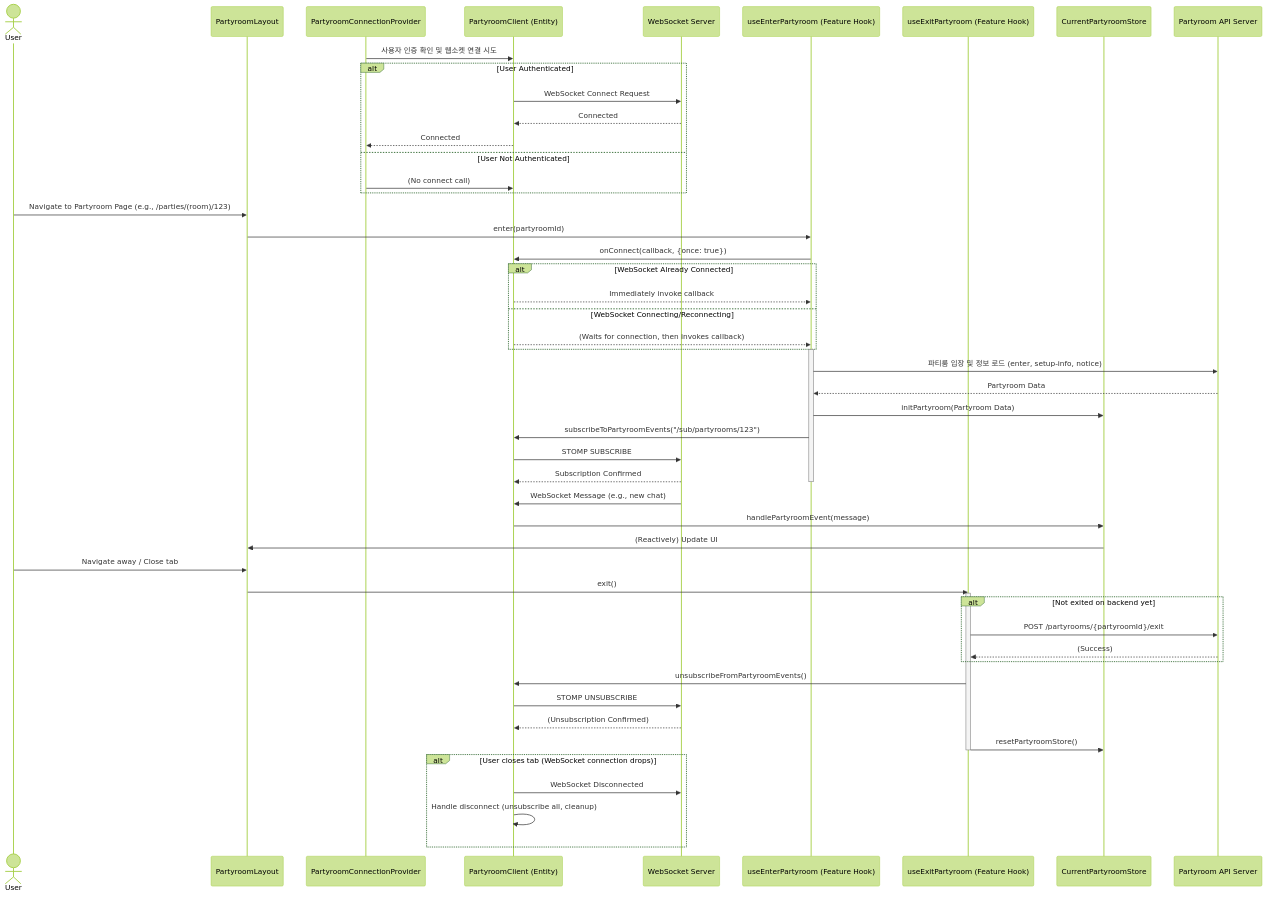
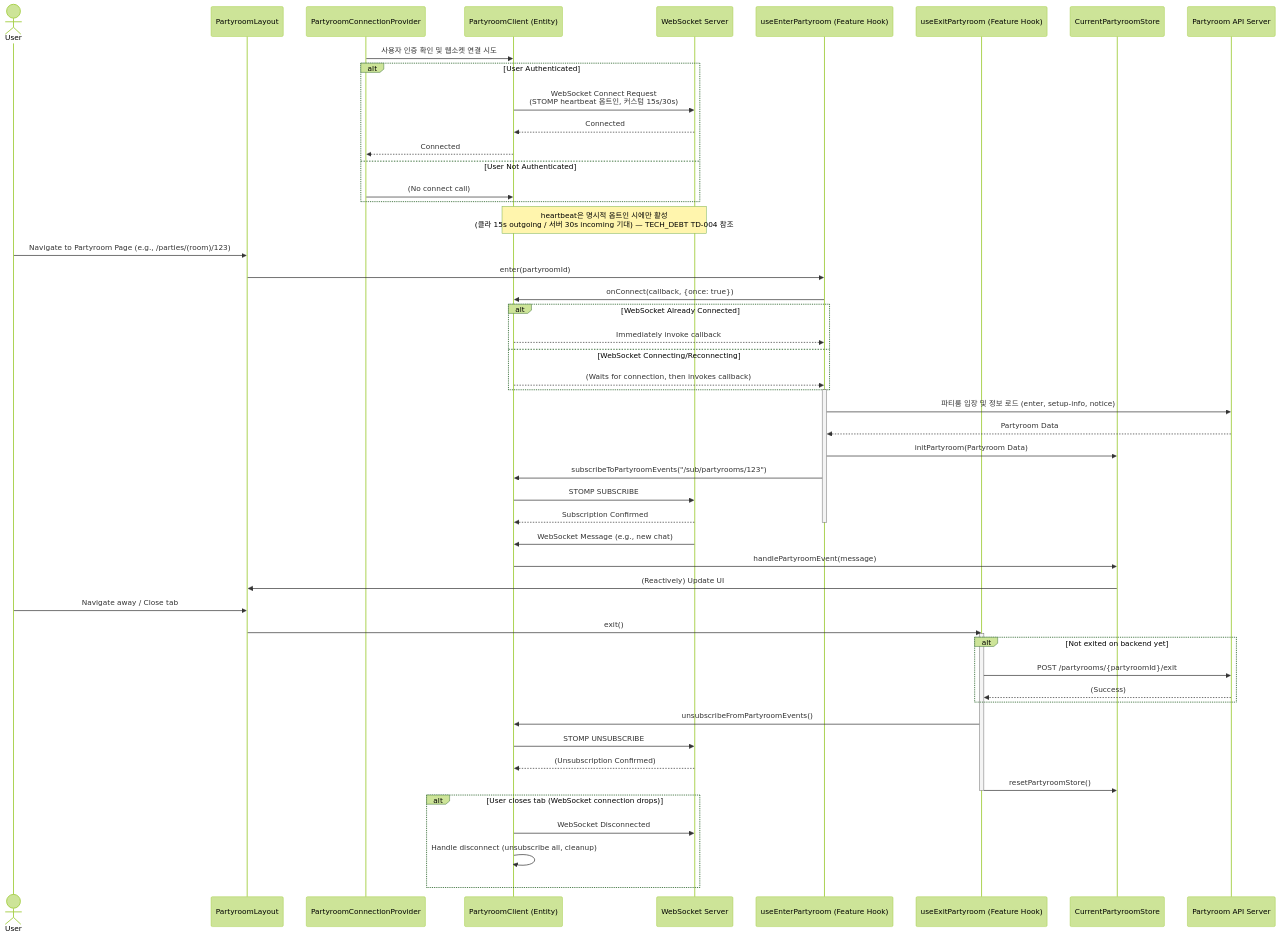
Before and after one commit to pfplay/pfplay-web: the second of 4 diagrams in docs/FLOW.md, drawn with Mermaid (forest theme). The commit also changed other lines of this file and 2 other files, not shown here.

````diff
--- a/docs/FLOW.md
+++ b/docs/FLOW.md
@@ -47,69 +55,70 @@
 ```mermaid
 sequenceDiagram
     actor User
     participant Layout as PartyroomLayout
     participant PCP as PartyroomConnectionProvider
     participant PClient as PartyroomClient (Entity)
     participant WSServer as WebSocket Server
     participant EnterHook as useEnterPartyroom (Feature Hook)
     participant ExitHook as useExitPartyroom (Feature Hook)
     participant CPStore as CurrentPartyroomStore
     participant APIServer as Partyroom API Server
 
     %% Initial Connection (App Load)
     PCP->>PClient: 사용자 인증 확인 및 웹소켓 연결 시도
     alt User Authenticated
-        PClient->>WSServer: WebSocket Connect Request
+        PClient->>WSServer: WebSocket Connect Request<br/>(STOMP heartbeat 옵트인, 커스텀 15s/30s)
         WSServer-->>PClient: Connected
         PClient-->>PCP: Connected
     else User Not Authenticated
         PCP->>PClient: (No connect call)
     end
+    Note over PClient,WSServer: heartbeat은 명시적 옵트인 시에만 활성<br/>(클라 15s outgoing / 서버 30s incoming 기대) — TECH_DEBT TD-004 참조
 
     %% Partyroom Entry (User navigates to /parties/(room)/[id])
     User->>Layout: Navigate to Partyroom Page (e.g., /parties/(room)/123)
     Layout->>EnterHook: enter(partyroomId)
 
     EnterHook->>PClient: onConnect(callback, {once: true})
     alt WebSocket Already Connected
         PClient-->>EnterHook: Immediately invoke callback
     else WebSocket Connecting/Reconnecting
         PClient-->>EnterHook: (Waits for connection, then invokes callback)
     end
 
     activate EnterHook
     EnterHook->>APIServer: 파티룸 입장 및 정보 로드 (enter, setup-info, notice)
     APIServer-->>EnterHook: Partyroom Data
 
     EnterHook->>CPStore: initPartyroom(Partyroom Data)
 
     EnterHook->>PClient: subscribeToPartyroomEvents("/sub/partyrooms/123")
     PClient->>WSServer: STOMP SUBSCRIBE
     WSServer-->>PClient: Subscription Confirmed
     deactivate EnterHook
 
     WSServer->>PClient: WebSocket Message (e.g., new chat)
     PClient->>CPStore: handlePartyroomEvent(message)
     CPStore->>Layout: (Reactively) Update UI
 
     %% Partyroom Exit (User leaves page or closes tab)
     User->>Layout: Navigate away / Close tab
     Layout->>ExitHook: exit()
     activate ExitHook
     alt Not exited on backend yet
         ExitHook->>APIServer: POST /partyrooms/{partyroomId}/exit
         APIServer-->>ExitHook: (Success)
     end
 
     ExitHook->>PClient: unsubscribeFromPartyroomEvents()
     PClient->>WSServer: STOMP UNSUBSCRIBE
     WSServer-->>PClient: (Unsubscription Confirmed)
 
     ExitHook->>CPStore: resetPartyroomStore()
     deactivate ExitHook
 
     alt User closes tab (WebSocket connection drops)
         PClient->>WSServer: WebSocket Disconnected
         PClient->>PClient: Handle disconnect (unsubscribe all, cleanup)
     end
 ```
````
